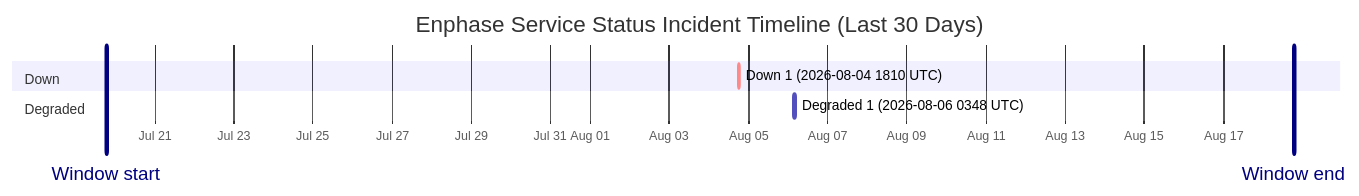
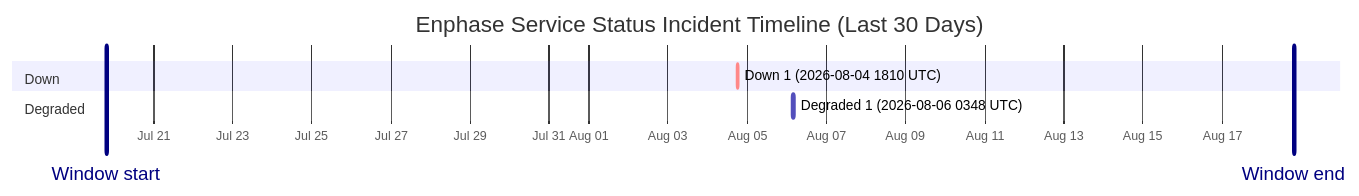
The diagram in wiki/Service-Status-History.md (barneyonline/ha-enphase-energy), drawn with Mermaid before and after one commit. The commit also changed other lines of this file and 3 other files, not shown here.

````diff
--- a/wiki/Service-Status-History.md
+++ b/wiki/Service-Status-History.md
@@ -14,12 +14,12 @@
 ```mermaid
 gantt
     title Enphase Service Status Incident Timeline (Last 30 Days)
     dateFormat  YYYY-MM-DDTHH:mm:ss
     axisFormat  %b %d
-    Window start :vert, window-start, 2026-07-19T18:35:10, 0ms
-    Window end :vert, window-end, 2026-08-18T18:35:10, 0ms
+    Window start :vert, window-start, 2026-07-19T19:25:34, 0ms
+    Window end :vert, window-end, 2026-08-18T19:25:34, 0ms
     section Down
     Down 1 (2026-08-04 1810 UTC) :crit, down-1, 2026-08-04T18:10:46, 60m
     section Degraded
     Degraded 1 (2026-08-06 0348 UTC) :active, degraded-1, 2026-08-06T03:48:14, 60m
 ```
````
